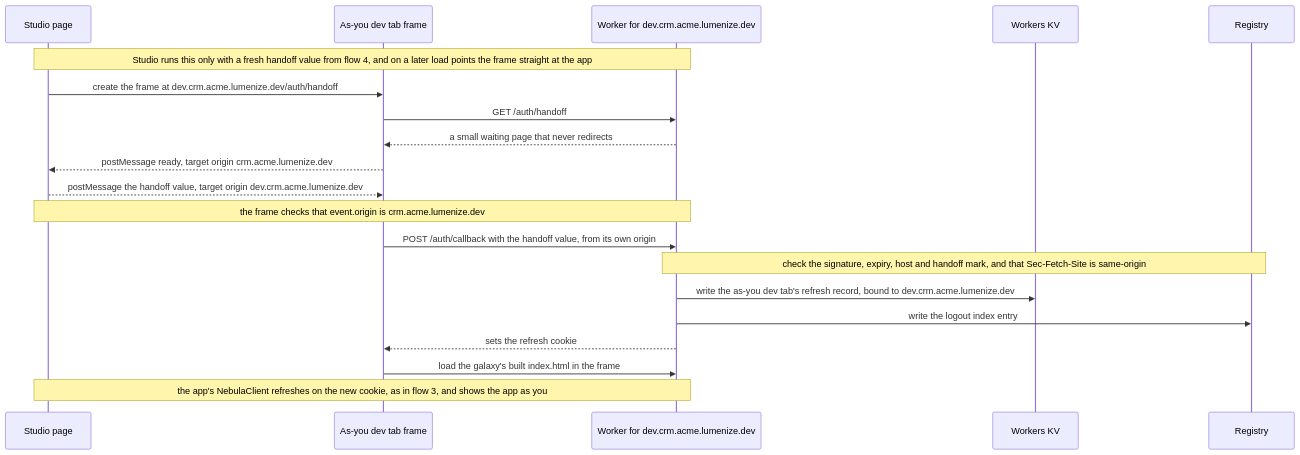
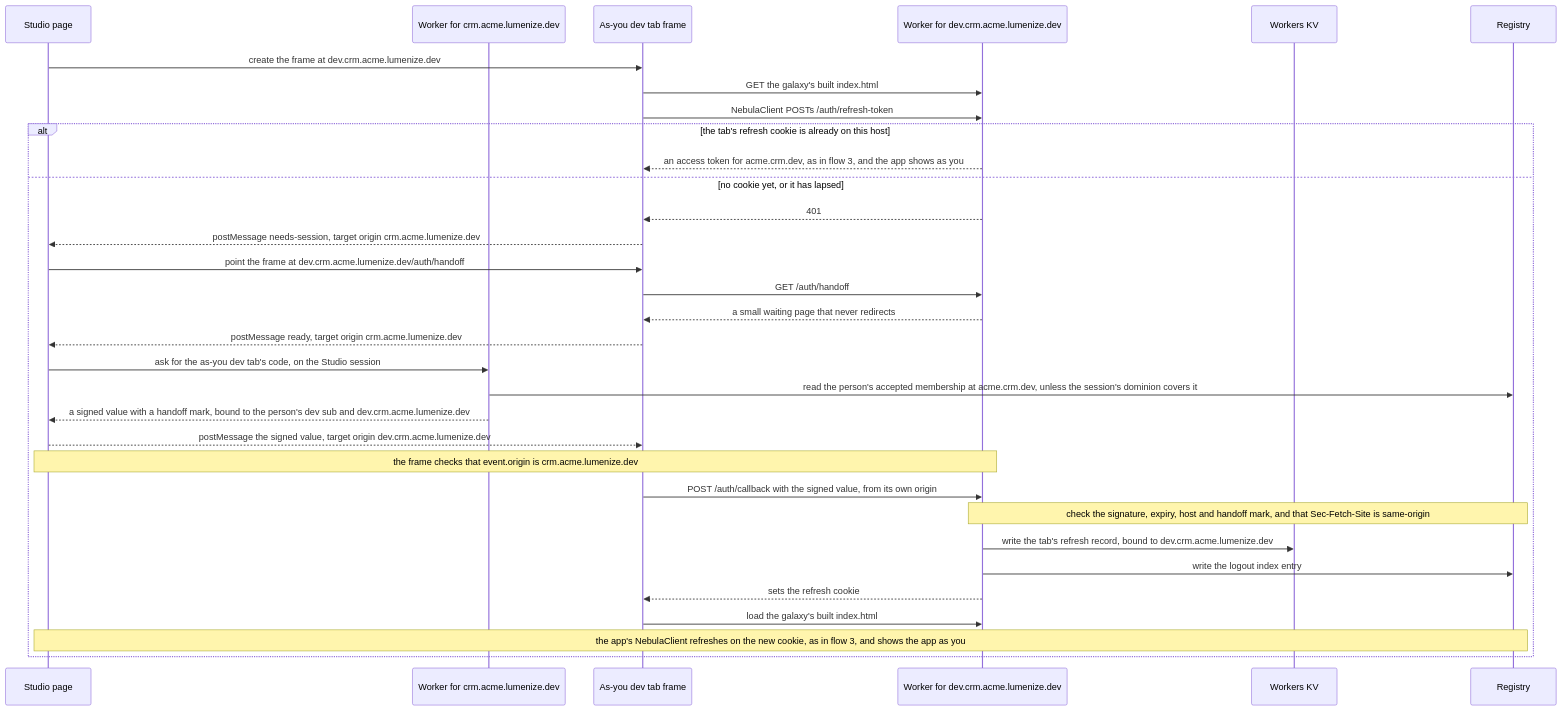
Before and after one commit to lumenize/lumenize: the fifth of 7 diagrams in tasks/sessions-per-origin.md, drawn with Mermaid. The commit also changed other lines of this file and 4 other files, not shown here.

````diff
--- a/tasks/sessions-per-origin.md
+++ b/tasks/sessions-per-origin.md
@@ -196,23 +186,35 @@
 ```mermaid
 sequenceDiagram
     participant SP as Studio page
+    participant ST as Worker for crm.acme.lumenize.dev
     participant FR as As-you dev tab frame
     participant D as Worker for dev.crm.acme.lumenize.dev
     participant K as Workers KV
     participant R as Registry
 
-    Note over SP,D: Studio runs this only with a fresh handoff value from flow 4, and on a later load points the frame straight at the app
-    SP->>FR: create the frame at dev.crm.acme.lumenize.dev/auth/handoff
-    FR->>D: GET /auth/handoff
-    D-->>FR: a small waiting page that never redirects
-    FR-->>SP: postMessage ready, target origin crm.acme.lumenize.dev
-    SP-->>FR: postMessage the handoff value, target origin dev.crm.acme.lumenize.dev
-    Note over SP,D: the frame checks that event.origin is crm.acme.lumenize.dev
-    FR->>D: POST /auth/callback with the handoff value, from its own origin
-    Note over D,R: check the signature, expiry, host and handoff mark, and that Sec-Fetch-Site is same-origin
-    D->>K: write the as-you dev tab's refresh record, bound to dev.crm.acme.lumenize.dev
-    D->>R: write the logout index entry
-    D-->>FR: sets the refresh cookie
-    FR->>D: load the galaxy's built index.html in the frame
-    Note over SP,D: the app's NebulaClient refreshes on the new cookie, as in flow 3, and shows the app as you
+    SP->>FR: create the frame at dev.crm.acme.lumenize.dev
+    FR->>D: GET the galaxy's built index.html
+    FR->>D: NebulaClient POSTs /auth/refresh-token
+    alt the tab's refresh cookie is already on this host
+        D-->>FR: an access token for acme.crm.dev, as in flow 3, and the app shows as you
+    else no cookie yet, or it has lapsed
+        D-->>FR: 401
+        FR-->>SP: postMessage needs-session, target origin crm.acme.lumenize.dev
+        SP->>FR: point the frame at dev.crm.acme.lumenize.dev/auth/handoff
+        FR->>D: GET /auth/handoff
+        D-->>FR: a small waiting page that never redirects
+        FR-->>SP: postMessage ready, target origin crm.acme.lumenize.dev
+        SP->>ST: ask for the as-you dev tab's code, on the Studio session
+        ST->>R: read the person's accepted membership at acme.crm.dev, unless the session's dominion covers it
+        ST-->>SP: a signed value with a handoff mark, bound to the person's dev sub and dev.crm.acme.lumenize.dev
+        SP-->>FR: postMessage the signed value, target origin dev.crm.acme.lumenize.dev
+        Note over SP,D: the frame checks that event.origin is crm.acme.lumenize.dev
+        FR->>D: POST /auth/callback with the signed value, from its own origin
+        Note over D,R: check the signature, expiry, host and handoff mark, and that Sec-Fetch-Site is same-origin
+        D->>K: write the tab's refresh record, bound to dev.crm.acme.lumenize.dev
+        D->>R: write the logout index entry
+        D-->>FR: sets the refresh cookie
+        FR->>D: load the galaxy's built index.html
+        Note over SP,R: the app's NebulaClient refreshes on the new cookie, as in flow 3, and shows the app as you
+    end
 ```
````
